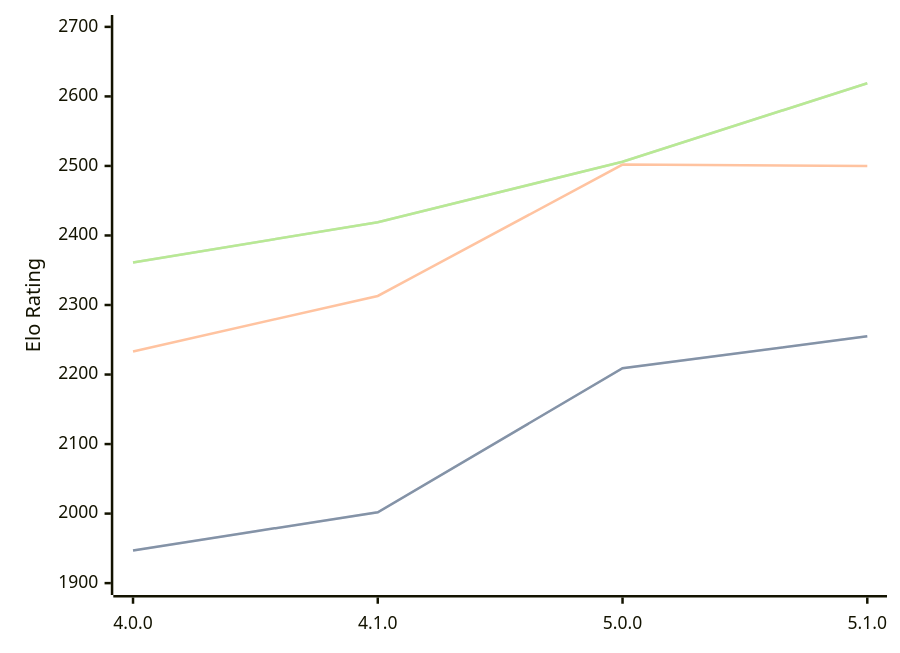
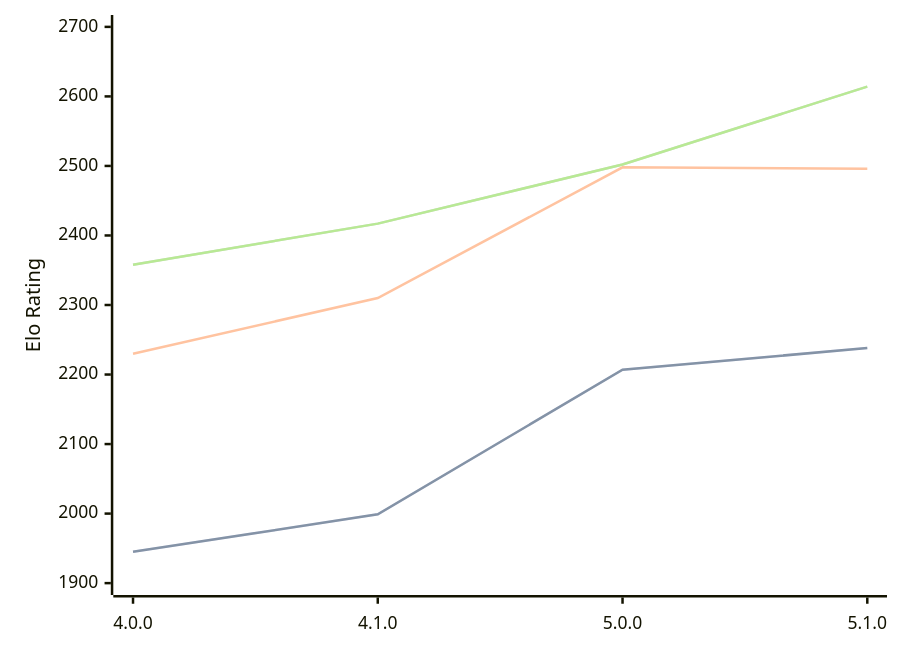
One commit to computer-chess-index/cci changed the diagram in engines/Aconcagua.md. Above: the diagram before and after it, drawn with Mermaid. The commit also changed other lines of this file, not shown here.

Commit message:
Update CCI Ratings (ELO VLTC) - 2026-05-18

````diff
--- a/engines/Aconcagua.md
+++ b/engines/Aconcagua.md
@@ -43,11 +43,11 @@
 ```mermaid
 %%{init: {"theme":"base","themeVariables":{"seriesColors:['#a3a3a3','#222221','#faa371']}}}%%
 xychart-beta
   x-axis ["4.0.0", "4.1.0", "5.0.0", "5.1.0"]
   y-axis "Elo Rating" 1900 --> 2700
-  line "STC (8.0+0.08s)" [1947, 2002, 2209, 2255]
-  line "STC (8.0+0.08s)" [1947, 2002, 2209, 2255]
-  line "LTC (60.0+0.60s)" [2233, 2313, 2502, 2500]
-  line "VLTC (2m24s+1.12s)" [2361, 2419, 2506, 2619]
-  line "VLTC (2m24s+1.12s)" [2361, 2419, 2506, 2619]
+  line "STC (8.0+0.08s)" [1945, 1999, 2207, 2238]
+  line "STC (8.0+0.08s)" [1945, 1999, 2207, 2238]
+  line "LTC (60.0+0.60s)" [2230, 2310, 2498, 2496]
+  line "VLTC (2m24s+1.12s)" [2358, 2417, 2502, 2614]
+  line "VLTC (2m24s+1.12s)" [2358, 2417, 2502, 2614]
 ```
````
